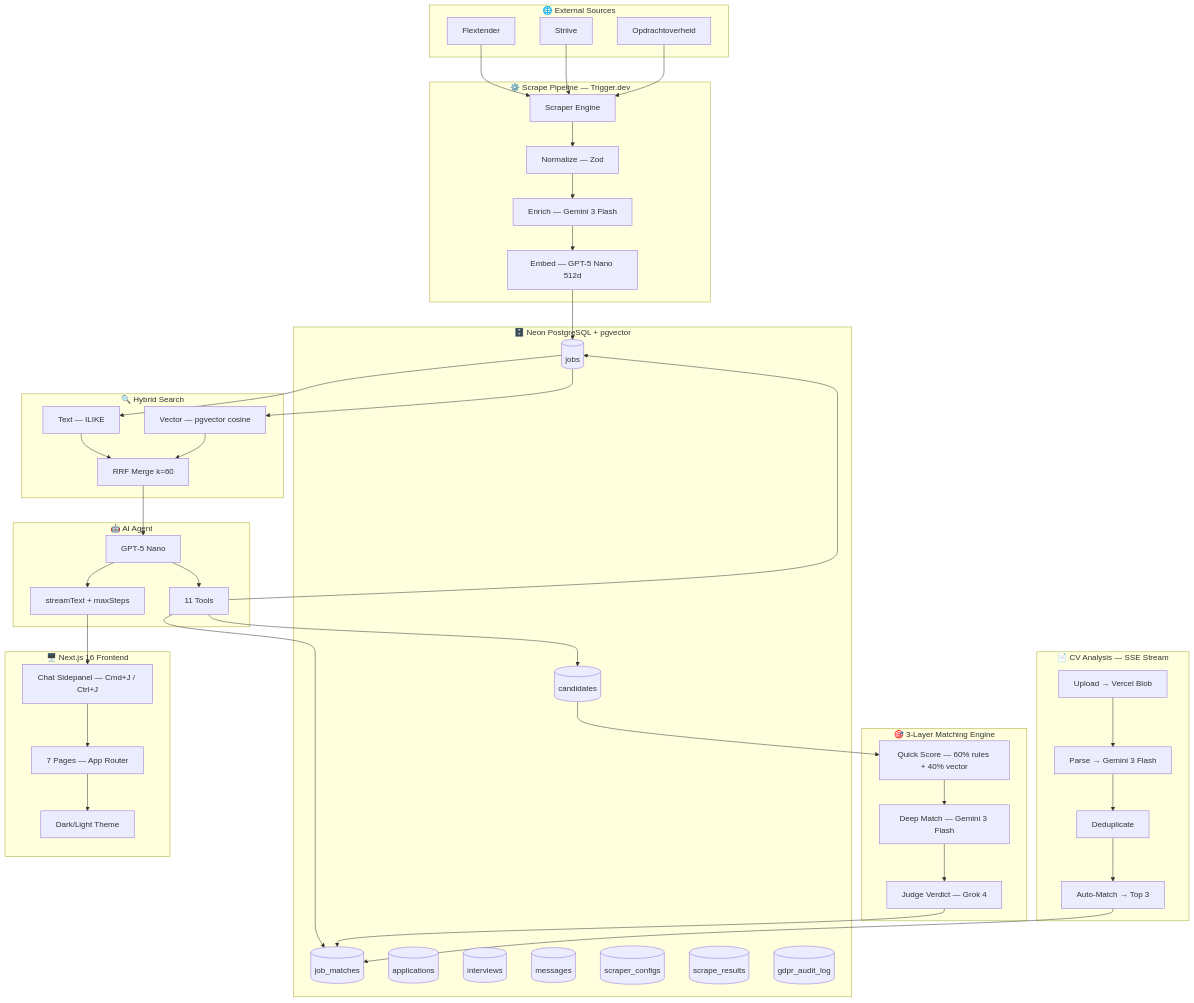
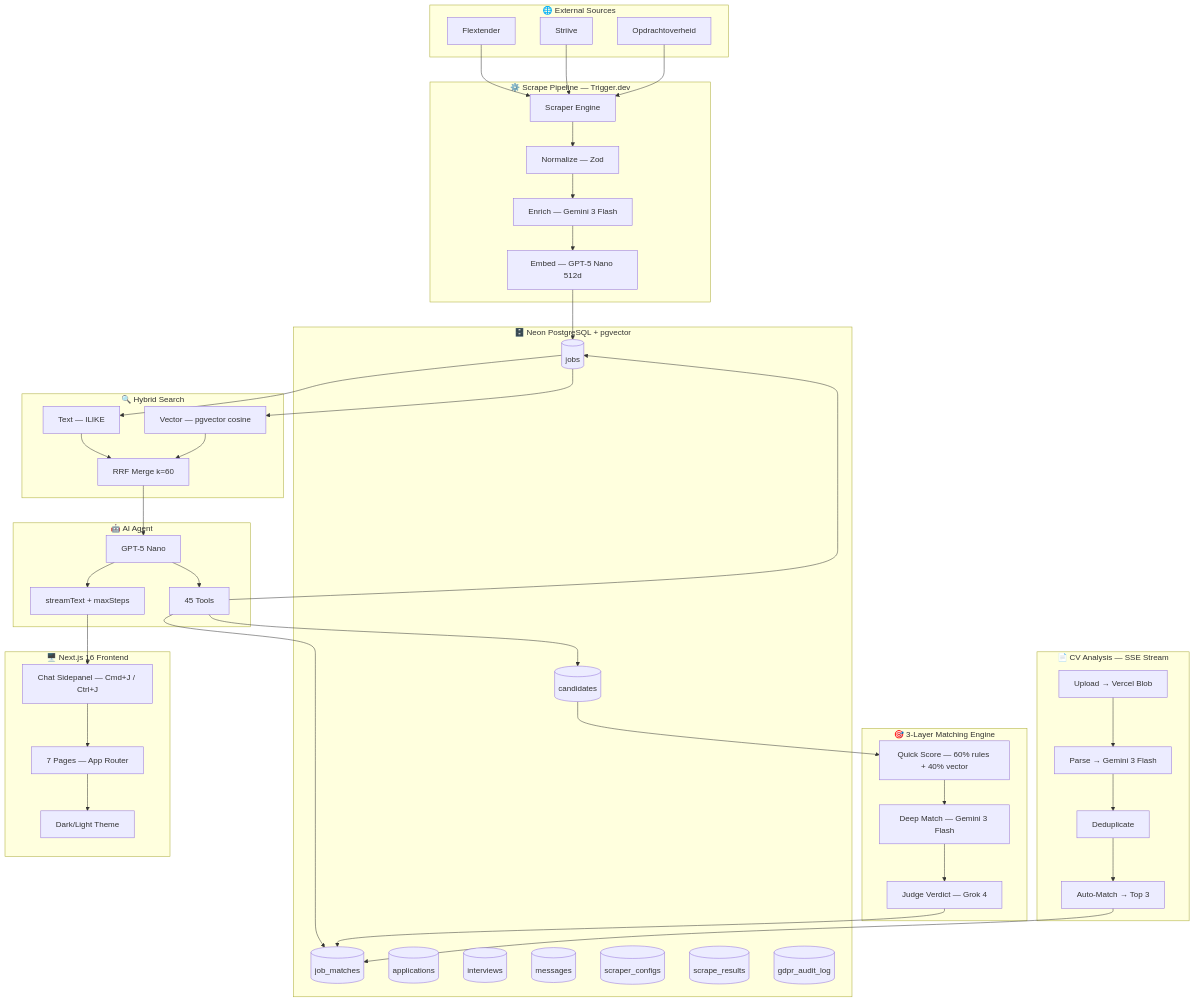
One commit to RyanLisse/motian changed the first of 11 diagrams in README.en.md. Above: the diagram before and after it, drawn with Mermaid. The commit also changed other lines of this file and 25 other files, not shown here.

````diff
--- a/README.en.md
+++ b/README.en.md
@@ -36,82 +36,82 @@
 ```mermaid
 graph TB
     subgraph Sources["🌐 External Sources"]
         FX[Flextender]
         ST[Striive]
         OO[Opdrachtoverheid]
     end
 
     subgraph Pipeline["⚙️ Scrape Pipeline — Trigger.dev"]
         SC[Scraper Engine]
         NR[Normalize — Zod]
         EN[Enrich — Gemini 3 Flash]
         EM[Embed — GPT-5 Nano 512d]
     end
 
     subgraph DB["🗄️ Neon PostgreSQL + pgvector"]
         JOBS[(jobs)]
         CAND[(candidates)]
         MATCH[(job_matches)]
         APP[(applications)]
         INT[(interviews)]
         MSG[(messages)]
         SCFG[(scraper_configs)]
         SRES[(scrape_results)]
         GDPR[(gdpr_audit_log)]
     end
 
     subgraph Matching["🎯 3-Layer Matching Engine"]
         QS[Quick Score — 60% rules + 40% vector]
         DM[Deep Match — Gemini 3 Flash]
         JV[Judge Verdict — Grok 4]
     end
 
     subgraph CVPipeline["📄 CV Analysis — SSE Stream"]
         UP[Upload → Vercel Blob]
         PA[Parse → Gemini 3 Flash]
         DD[Deduplicate]
         AM[Auto-Match → Top 3]
     end
 
     subgraph Search["🔍 Hybrid Search"]
         TXT[Text — ILIKE]
         VEC[Vector — pgvector cosine]
         RRF[RRF Merge k=60]
     end
 
     subgraph AI["🤖 AI Agent"]
         AGENT[GPT-5 Nano]
-        TOOLS[11 Tools]
+        TOOLS[45 Tools]
         STREAM[streamText + maxSteps]
     end
 
     subgraph Frontend["🖥️ Next.js 16 Frontend"]
         PAGES[7 Pages — App Router]
         CHAT[Chat Sidepanel — Cmd+J / Ctrl+J]
         THEME[Dark/Light Theme]
     end
 
     FX --> SC
     ST --> SC
     OO --> SC
     SC --> NR --> EN --> EM --> JOBS
 
     JOBS --> TXT
     JOBS --> VEC
     TXT --> RRF
     VEC --> RRF
     RRF --> AGENT
 
     AGENT --> TOOLS
     TOOLS --> JOBS
     TOOLS --> CAND
     TOOLS --> MATCH
 
     CAND --> QS --> DM --> JV --> MATCH
 
     UP --> PA --> DD --> AM --> MATCH
 
     AGENT --> STREAM --> CHAT
     CHAT --> PAGES
     PAGES --> THEME
 ```
````
